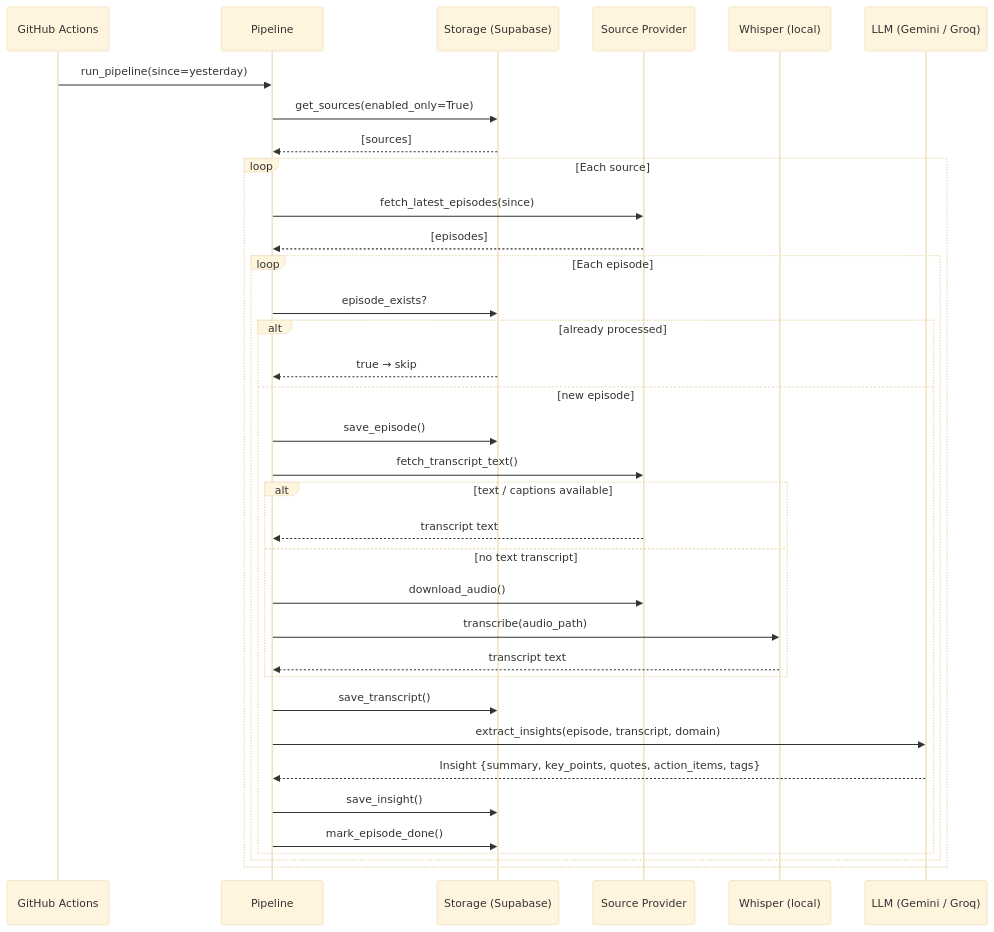
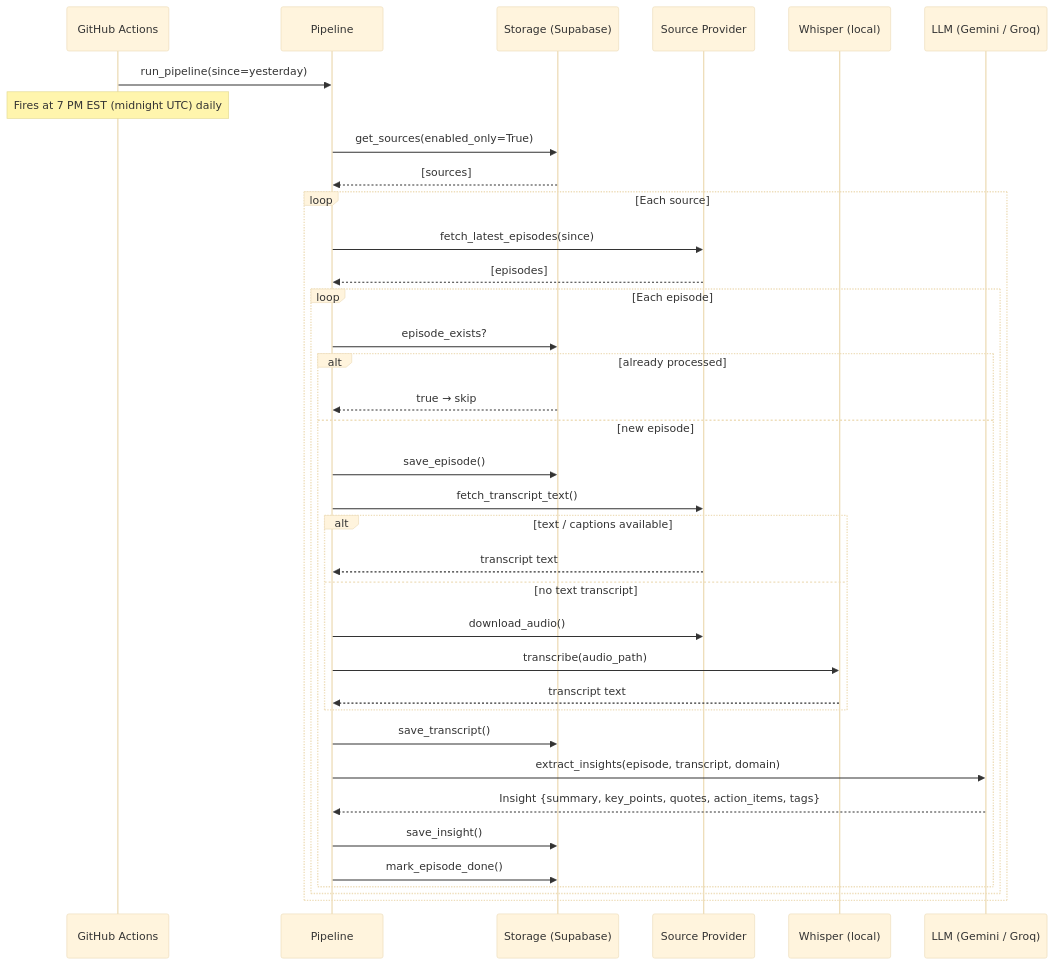
Before and after one commit to vtghub/PodcastsSummarizer: the first of 6 diagrams in docs/request-workflow.md, drawn with Mermaid (base theme). The commit also changed other lines of this file and 3 other files, not shown here.

First line of the commit message:
docs: update architecture, workflow diagrams and README for latest changes

````diff
--- a/docs/request-workflow.md
+++ b/docs/request-workflow.md
@@ -5,40 +5,41 @@
 ```mermaid
 sequenceDiagram
     participant GHA as GitHub Actions
     participant P as Pipeline
     participant S as Storage (Supabase)
     participant SRC as Source Provider
     participant W as Whisper (local)
     participant LLM as LLM (Gemini / Groq)
 
     GHA->>P: run_pipeline(since=yesterday)
+    Note over GHA: Fires at 7 PM EST (midnight UTC) daily
     P->>S: get_sources(enabled_only=True)
     S-->>P: [sources]
 
     loop Each source
         P->>SRC: fetch_latest_episodes(since)
         SRC-->>P: [episodes]
 
         loop Each episode
             P->>S: episode_exists?
             alt already processed
                 S-->>P: true → skip
             else new episode
                 P->>S: save_episode()
                 P->>SRC: fetch_transcript_text()
                 alt text / captions available
                     SRC-->>P: transcript text
                 else no text transcript
                     P->>SRC: download_audio()
                     P->>W: transcribe(audio_path)
                     W-->>P: transcript text
                 end
                 P->>S: save_transcript()
                 P->>LLM: extract_insights(episode, transcript, domain)
                 LLM-->>P: Insight {summary, key_points, quotes, action_items, tags}
                 P->>S: save_insight()
                 P->>S: mark_episode_done()
             end
         end
     end
 ```
````
